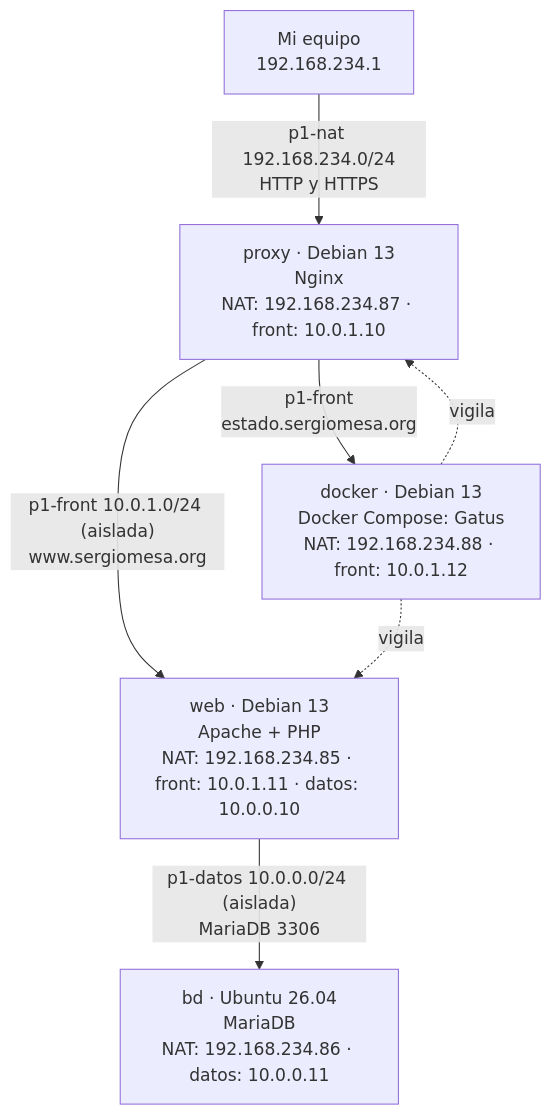
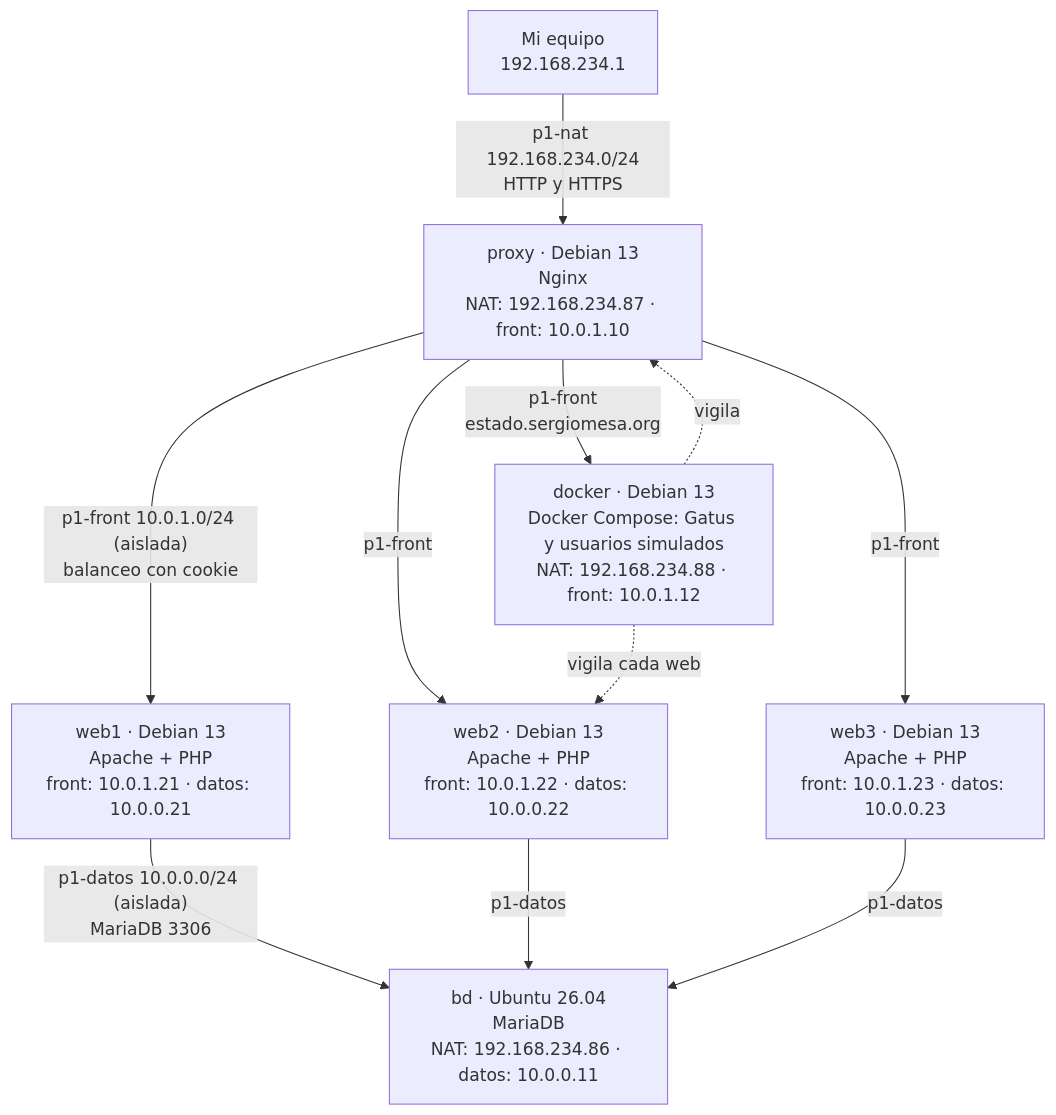
The diagram in README.md (Sergio852/Practica1-IAC), drawn with Mermaid before and after one commit. The commit also changed other lines of this file, not shown here.

Commit message:
Actualizo el README con las tres webs, el balanceo, la actualización sin cortes y los usuarios simulados

````diff
--- a/README.md
+++ b/README.md
@@ -10,14 +11,20 @@
 ```mermaid
 flowchart TB
     equipo["Mi equipo<br/>192.168.234.1"]
     proxy["proxy · Debian 13<br/>Nginx<br/>NAT: 192.168.234.87 · front: 10.0.1.10"]
-    web["web · Debian 13<br/>Apache + PHP<br/>NAT: 192.168.234.85 · front: 10.0.1.11 · datos: 10.0.0.10"]
-    docker["docker · Debian 13<br/>Docker Compose: Gatus<br/>NAT: 192.168.234.88 · front: 10.0.1.12"]
+    web1["web1 · Debian 13<br/>Apache + PHP<br/>front: 10.0.1.21 · datos: 10.0.0.21"]
+    web2["web2 · Debian 13<br/>Apache + PHP<br/>front: 10.0.1.22 · datos: 10.0.0.22"]
+    web3["web3 · Debian 13<br/>Apache + PHP<br/>front: 10.0.1.23 · datos: 10.0.0.23"]
+    docker["docker · Debian 13<br/>Docker Compose: Gatus y usuarios simulados<br/>NAT: 192.168.234.88 · front: 10.0.1.12"]
     bd["bd · Ubuntu 26.04<br/>MariaDB<br/>NAT: 192.168.234.86 · datos: 10.0.0.11"]
     equipo -- "p1-nat 192.168.234.0/24<br/>HTTP y HTTPS" --> proxy
-    proxy -- "p1-front 10.0.1.0/24 (aislada)<br/>www.sergiomesa.org" --> web
+    proxy -- "p1-front 10.0.1.0/24 (aislada)<br/>balanceo con cookie" --> web1
+    proxy -- "p1-front" --> web2
+    proxy -- "p1-front" --> web3
     proxy -- "p1-front<br/>estado.sergiomesa.org" --> docker
     docker -. "vigila" .-> proxy
-    docker -. "vigila" .-> web
-    web -- "p1-datos 10.0.0.0/24 (aislada)<br/>MariaDB 3306" --> bd
+    docker -. "vigila cada web" .-> web2
+    web1 -- "p1-datos 10.0.0.0/24 (aislada)<br/>MariaDB 3306" --> bd
+    web2 -- "p1-datos" --> bd
+    web3 -- "p1-datos" --> bd
 ```
````
